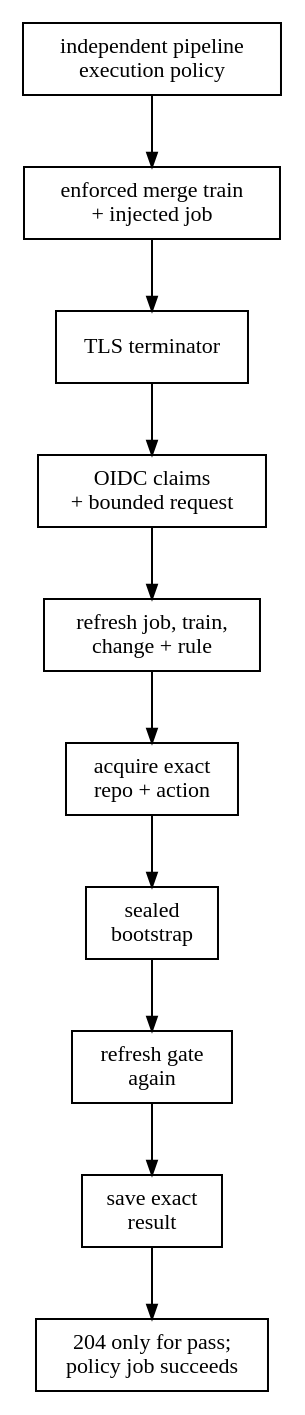
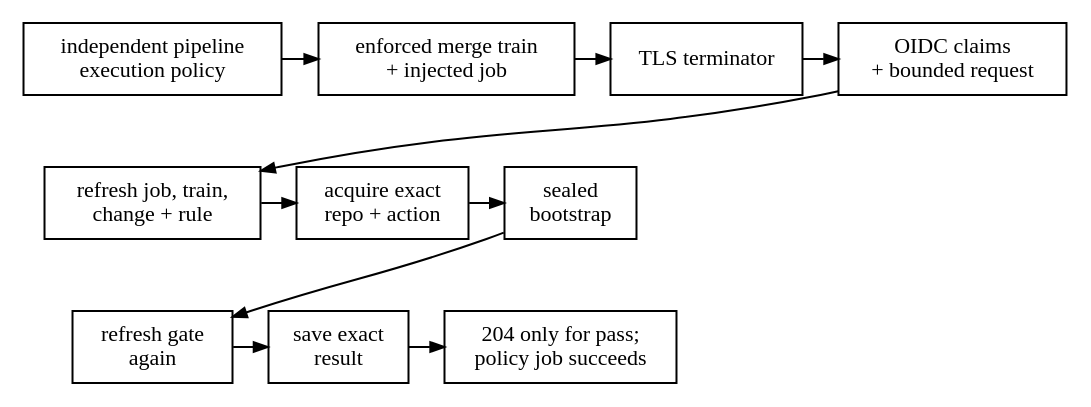
Before and after one commit to HardMax71/amiss: the diagram in docs/src/provider-gitlab.md, drawn with Graphviz. The commit also changed 2 other files, not shown here.

Commit message:
Snake the provider flow diagrams
A twelve-box chain was unreadable as a strip and worse as a single
column. Each flow now wraps into three left-to-right rows: rows pinned
by an invisible spine, the wrap edges drawn without layout constraint so
they connect the rows instead of shearing them sideways. The GitHub
diagram fits the content width at 521 points; the siblings match.

````diff
--- a/docs/src/provider-gitlab.md
+++ b/docs/src/provider-gitlab.md
@@ -24,18 +24,27 @@
 ```dot process
 digraph gitlab_provider {
   rankdir = TB;
   node [shape = box, fontname = "Latin Modern, Georgia, serif", fontsize = 11];
   edge [arrowsize = 0.7, fontname = "Latin Modern, Georgia, serif", fontsize = 10];
   policy [label = "independent pipeline\nexecution policy"];
   train  [label = "enforced merge train\n+ injected job"];
   tls    [label = "TLS terminator"];
   oidc   [label = "OIDC claims\n+ bounded request"];
   first  [label = "refresh job, train,\nchange + rule"];
   fetch  [label = "acquire exact\nrepo + action"];
   boot   [label = "sealed\nbootstrap"];
   final  [label = "refresh gate\nagain"];
   save   [label = "save exact\nresult"];
   result [label = "204 only for pass;\npolicy job succeeds"];
-  policy -> train -> tls -> oidc -> first -> fetch -> boot -> final -> save -> result;
+  { rank = same; policy; train; tls; oidc; }
+  { rank = same; first; fetch; boot; }
+  { rank = same; final; save; result; }
+  policy -> train -> tls -> oidc;
+  first -> fetch -> boot;
+  final -> save -> result;
+  oidc -> first [constraint = false];
+  boot -> final [constraint = false];
+  policy -> first -> final [style = invis];
+
 }
 ```
````
